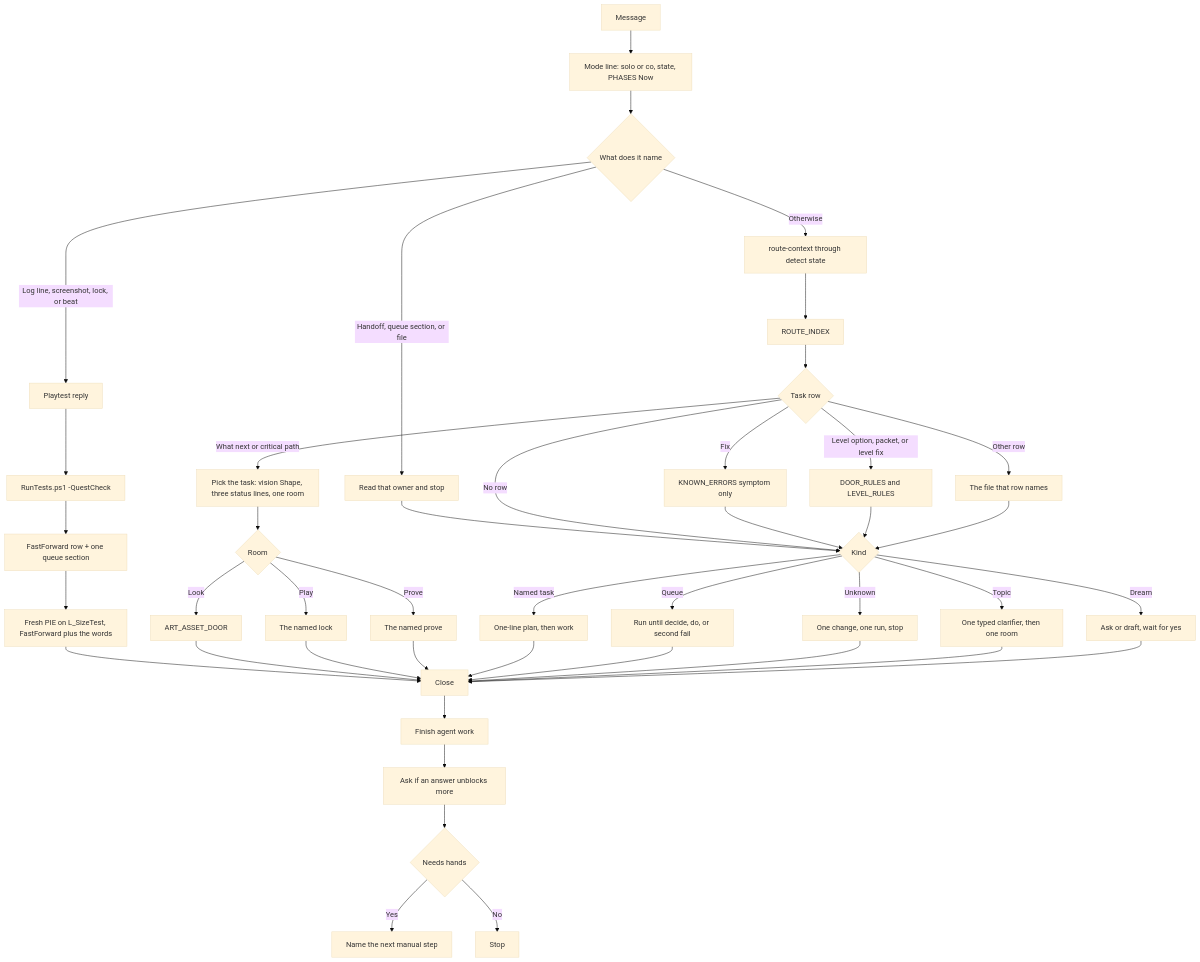
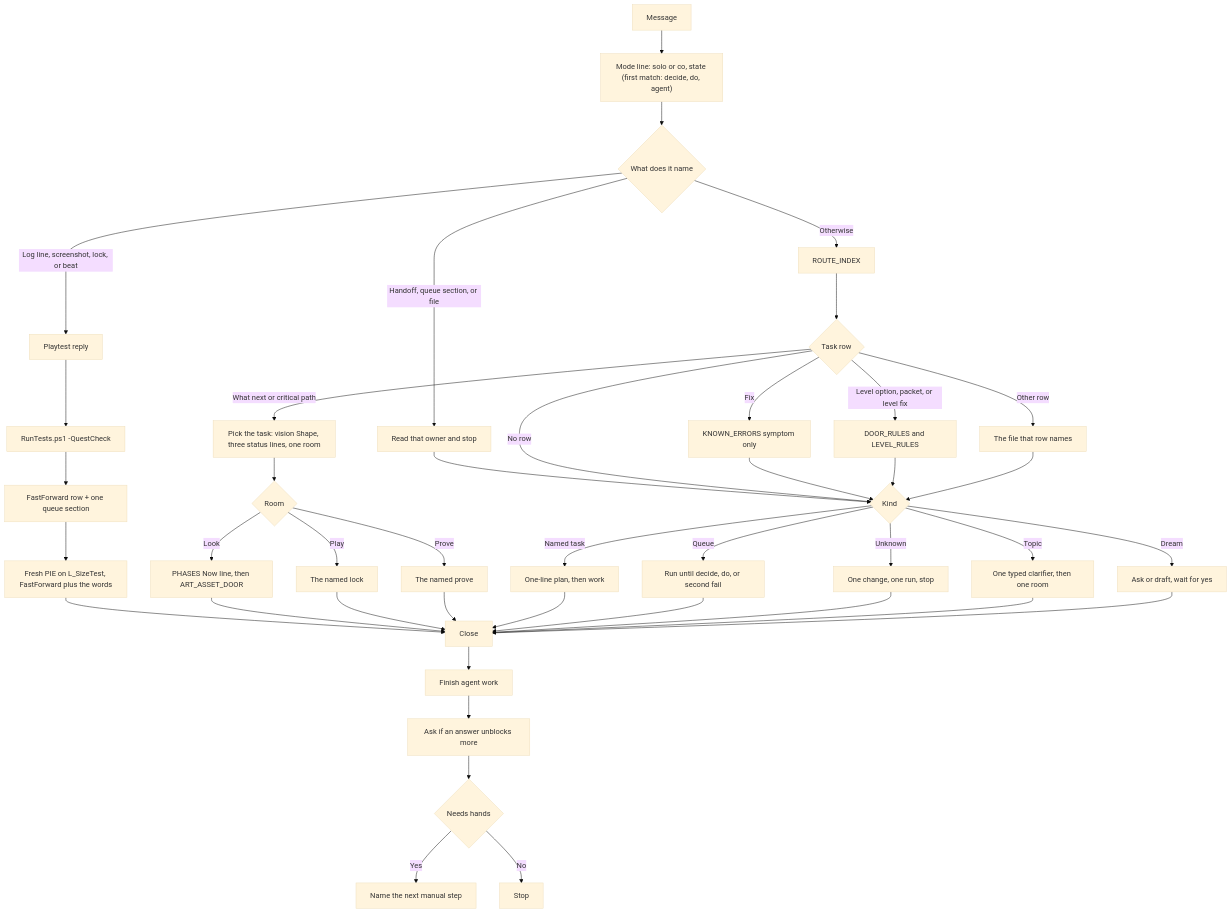
Before and after one commit to XylarDark/HomeWorld: the diagram in Docs/context/SESSION_START_FLOW.md, drawn with Mermaid (base theme). The commit also changed 5 other files, not shown here.

````diff
--- a/Docs/context/SESSION_START_FLOW.md
+++ b/Docs/context/SESSION_START_FLOW.md
@@ -5,53 +5,52 @@
 ```mermaid
 flowchart TD
-  msg[Message] --> mode["Mode line: solo or co, state, PHASES Now"]
+  msg[Message] --> mode["Mode line: solo or co, state (first match: decide, do, agent)"]
   mode --> kind0{What does it name}
 
   kind0 -->|Log line, screenshot, lock, or beat| playtest[Playtest reply]
   playtest --> questCheck["RunTests.ps1 -QuestCheck"]
   questCheck --> beat["FastForward row + one queue section"]
   beat --> pie["Fresh PIE on L_SizeTest, FastForward plus the words"]
   pie --> closeNode
 
   kind0 -->|Handoff, queue section, or file| owner[Read that owner and stop]
   owner --> afterReads
 
-  kind0 -->|Otherwise| routeContext[route-context through detect state]
-  routeContext --> routeIndex[ROUTE_INDEX]
+  kind0 -->|Otherwise| routeIndex[ROUTE_INDEX]
   routeIndex --> taskRow{Task row}
   taskRow -->|What next or critical path| pick[Pick the task: vision Shape, three status lines, one room]
   taskRow -->|Fix| knownErrors[KNOWN_ERRORS symptom only]
   taskRow -->|Level option, packet, or level fix| doorRules[DOOR_RULES and LEVEL_RULES]
   taskRow -->|Other row| rowOwner[The file that row names]
   taskRow -->|No row| afterReads
 
   pick --> room{Room}
-  room -->|Look| artDoor[ART_ASSET_DOOR]
+  room -->|Look| artDoor[PHASES Now line, then ART_ASSET_DOOR]
   room -->|Play| playLock[The named lock]
   room -->|Prove| prove[The named prove]
 
   knownErrors --> afterReads
   doorRules --> afterReads
   rowOwner --> afterReads
   artDoor --> closeNode
   playLock --> closeNode
   prove --> closeNode
 
   afterReads{Kind} -->|Named task| work[One-line plan, then work]
   afterReads -->|Queue| queue[Run until decide, do, or second fail]
   afterReads -->|Unknown| oneRun[One change, one run, stop]
   afterReads -->|Topic| clarifier[One typed clarifier, then one room]
   afterReads -->|Dream| dream[Ask or draft, wait for yes]
 
   work --> closeNode
   queue --> closeNode
   oneRun --> closeNode
   clarifier --> closeNode
   dream --> closeNode
 
   closeNode[Close] --> drain[Finish agent work]
   drain --> ask[Ask if an answer unblocks more]
   ask --> hands{Needs hands}
   hands -->|Yes| nameStep[Name the next manual step]
   hands -->|No| done[Stop]
 ```
````
